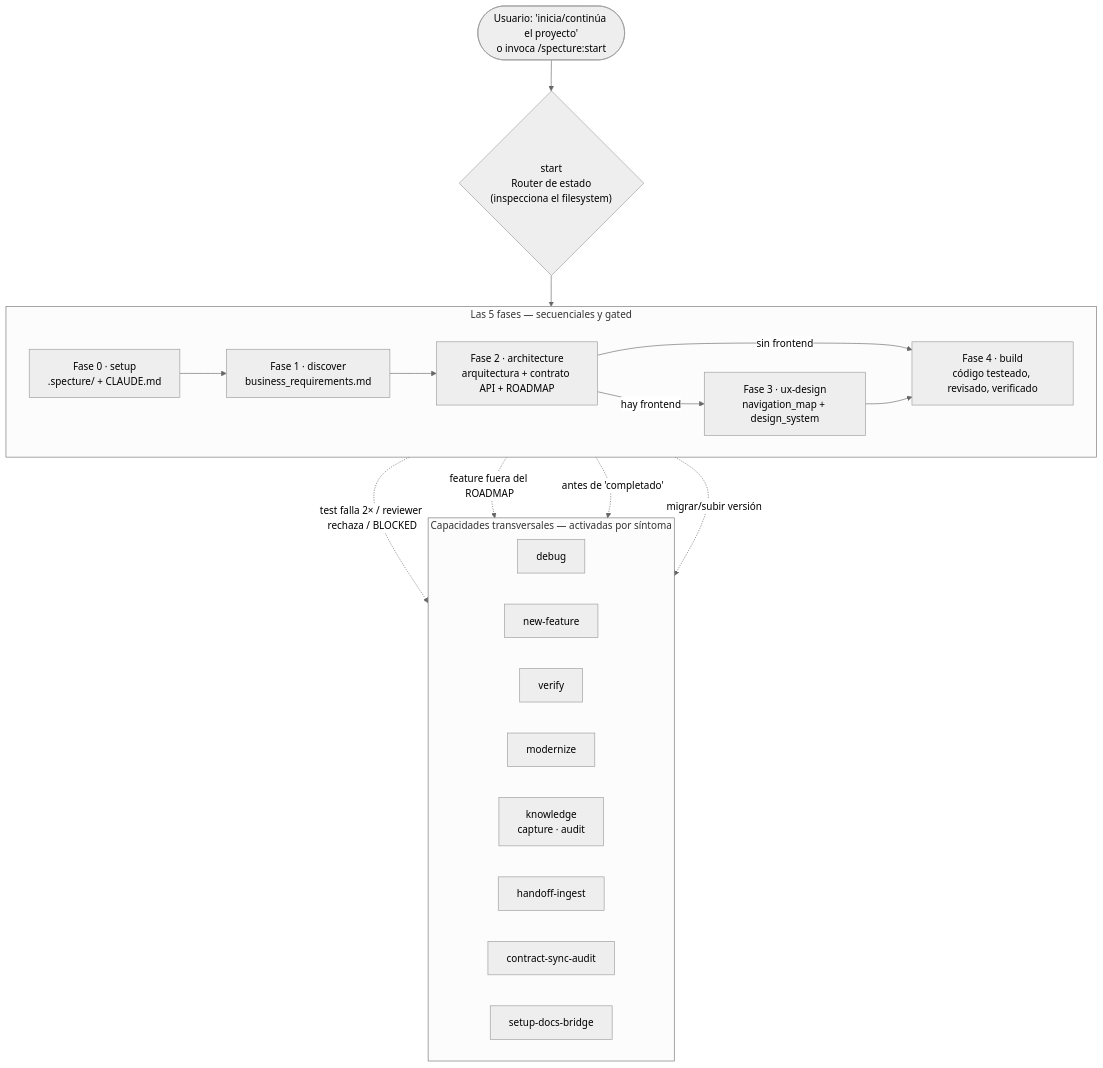
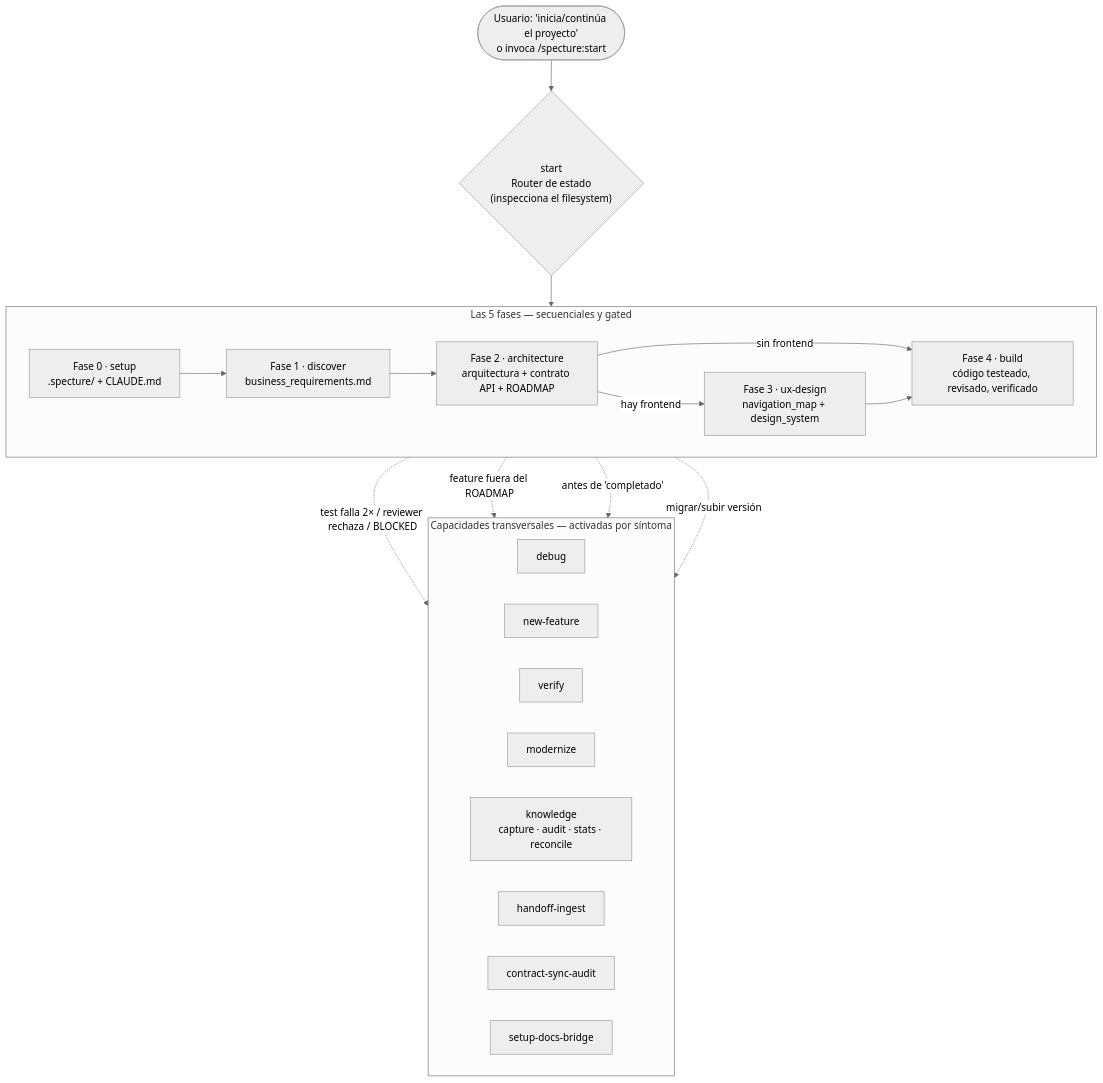
Before and after one commit to FerEscobarDev/Specture: the first of 19 diagrams in docs/execution-flows.md, drawn with Mermaid (neutral theme). The commit also changed other lines of this file and 23 other files, not shown here.

````diff
--- a/docs/execution-flows.md
+++ b/docs/execution-flows.md
@@ -35,32 +35,32 @@
 ```mermaid
 flowchart TB
     U(["Usuario: 'inicia/continúa el proyecto'<br/>o invoca /specture:start"]) --> R{"start<br/>Router de estado<br/>(inspecciona el filesystem)"}
 
     subgraph FASES["Las 5 fases — secuenciales y gated"]
       direction LR
       F0["Fase 0 · setup<br/>.specture/ + CLAUDE.md"] --> F1["Fase 1 · discover<br/>business_requirements.md"]
       F1 --> F2["Fase 2 · architecture<br/>arquitectura + contrato API + ROADMAP"]
       F2 -->|"hay frontend"| F3["Fase 3 · ux-design<br/>navigation_map + design_system"]
       F2 -->|"sin frontend"| F4
       F3 --> F4["Fase 4 · build<br/>código testeado, revisado, verificado"]
     end
 
     R --> FASES
 
     subgraph TRANS["Capacidades transversales — activadas por síntoma"]
       direction LR
       T1["debug"]
       T2["new-feature"]
       T3["verify"]
       T4["modernize"]
-      T5["knowledge<br/>capture · audit"]
+      T5["knowledge<br/>capture · audit · stats · reconcile"]
       T6["handoff-ingest"]
       T7["contract-sync-audit"]
       T8["setup-docs-bridge"]
     end
 
     F4 -.->|"test falla 2× / reviewer rechaza / BLOCKED"| T1
     F4 -.->|"feature fuera del ROADMAP"| T2
     F4 -.->|"antes de 'completado'"| T3
     FASES -.->|"migrar/subir versión"| T4
 ```
````
